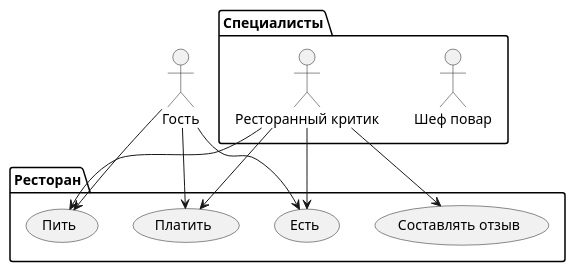
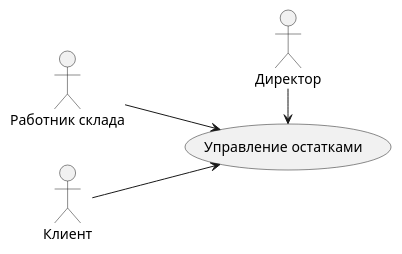
The diagram in Ivans_diagrams/usecase1.plantuml (Karlen1110/dpo-designing), drawn with PlantUML before and after one commit.

Commit message:
use case 1

```diff
--- a/Ivans_diagrams/usecase1.plantuml
+++ b/Ivans_diagrams/usecase1.plantuml
@@ -1,20 +1,13 @@
-@startuml
-actor Гость as g
-package Специалисты {
-  actor "Шеф повар" as c
-  actor "Ресторанный критик" as fc
-}
-package Ресторан {
-  usecase "Есть" as UC1
-  usecase "Платить" as UC2
-  usecase "Пить" as UC3
-  usecase "Составлять отзыв" as UC4
-}
-fc --> UC1
-fc --> UC2
-fc --> UC3
-fc --> UC4
-g --> UC1
-g --> UC2
-g --> UC3
+@startuml "usic1"
+left to right direction
+actor "Директор" as d
+actor "Работник склада" as r
+actor "Клиент" as c
+
+
+  usecase "Управление остатками " as u1
+
+d -> u1
+r --> u1
+c --> u1
 @enduml
```
